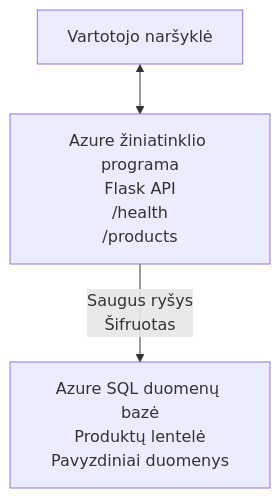
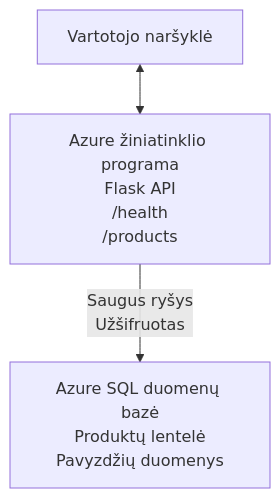
One commit to microsoft/AZD-for-beginners changed the diagram in translations/lt/examples/database-app/README.md. Above: the diagram before and after it, drawn with Mermaid. The commit also changed other lines of this file and 104 other files, not shown here.

````diff
--- a/translations/lt/examples/database-app/README.md
+++ b/translations/lt/examples/database-app/README.md
@@ -72,5 +72,5 @@
 ```mermaid
 graph TD
     Browser[Vartotojo naršyklė] <--> WebApp[Azure žiniatinklio programa<br/>Flask API<br/>/health<br/>/products]
-    WebApp -- Saugus ryšys<br/>Šifruotas --> SQL[Azure SQL duomenų bazė<br/>Produktų lentelė<br/>Pavyzdiniai duomenys]
+    WebApp -- Saugus ryšys<br/>Užšifruotas --> SQL[Azure SQL duomenų bazė<br/>Produktų lentelė<br/>Pavyzdžių duomenys]
 ```
````
